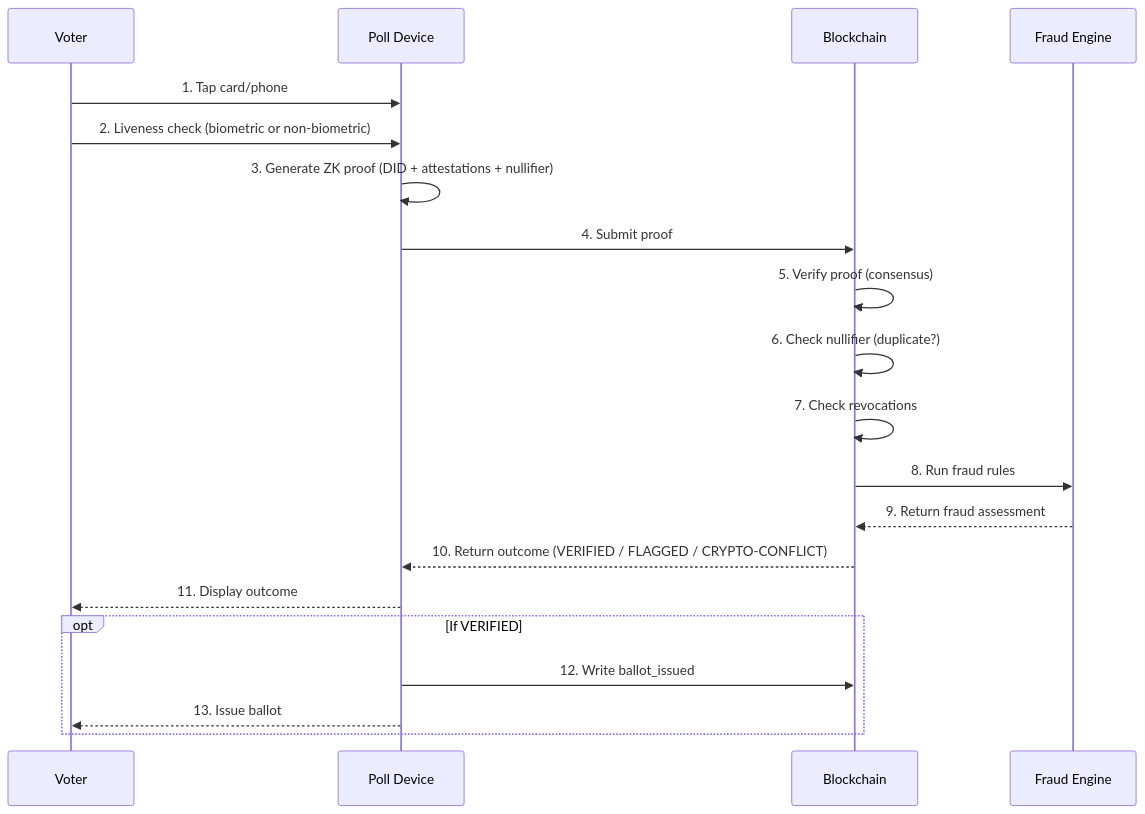
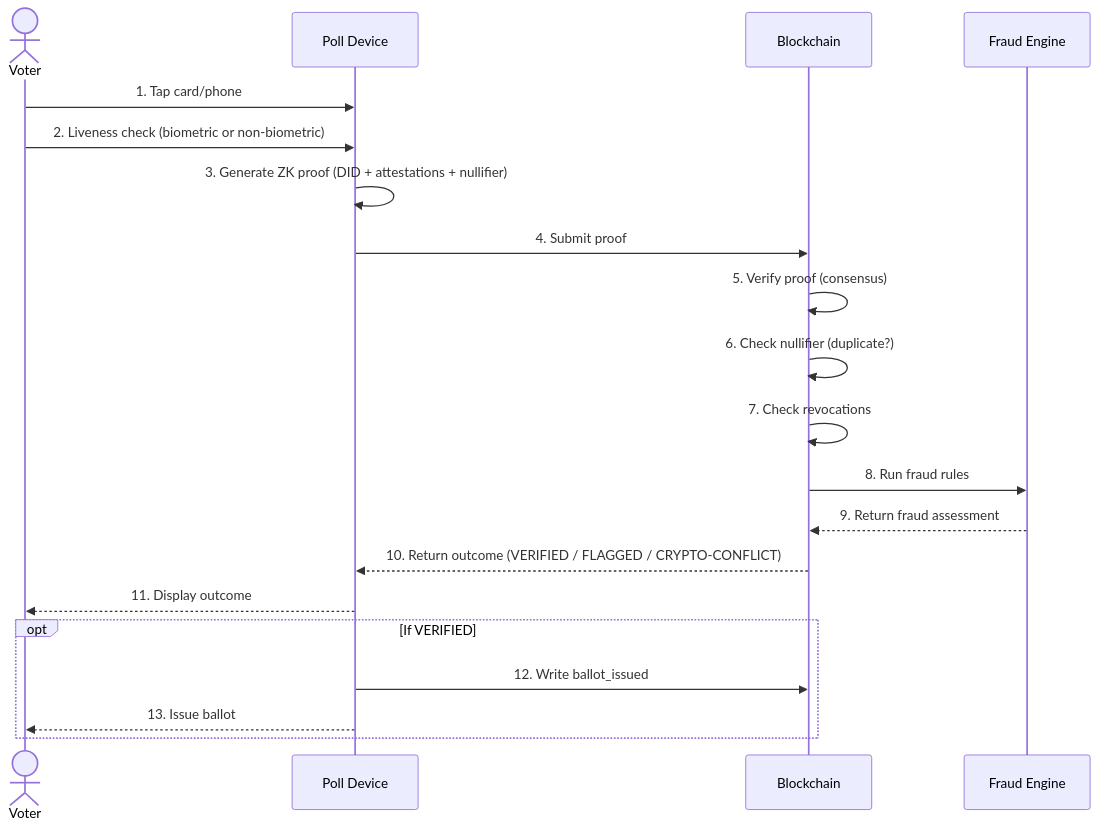
Before and after one commit to AbsurdityIndex/votechain: the fifth of 5 diagrams in PRD-VOTER-VERIFICATION-CHAIN.md, drawn with Mermaid. The commit also changed other lines of this file and 104 other files, not shown here.

First line of the commit message:
feat: visual overhaul for all Mermaid evidence board diagrams

````diff
--- a/PRD-VOTER-VERIFICATION-CHAIN.md
+++ b/PRD-VOTER-VERIFICATION-CHAIN.md
@@ -1486,23 +1500,23 @@
 ```mermaid
 sequenceDiagram
-  participant V as Voter
+  actor V as Voter
   participant P as Poll Device
   participant B as Blockchain
   participant F as Fraud Engine
 
   V->>P: 1. Tap card/phone
   V->>P: 2. Liveness check (biometric or non-biometric)
   P->>P: 3. Generate ZK proof (DID + attestations + nullifier)
   P->>B: 4. Submit proof
   B->>B: 5. Verify proof (consensus)
   B->>B: 6. Check nullifier (duplicate?)
   B->>B: 7. Check revocations
   B->>F: 8. Run fraud rules
   F-->>B: 9. Return fraud assessment
   B-->>P: 10. Return outcome (VERIFIED / FLAGGED / CRYPTO-CONFLICT)
   P-->>V: 11. Display outcome
   opt If VERIFIED
     P->>B: 12. Write ballot_issued
     P-->>V: 13. Issue ballot
   end
 ```
````
